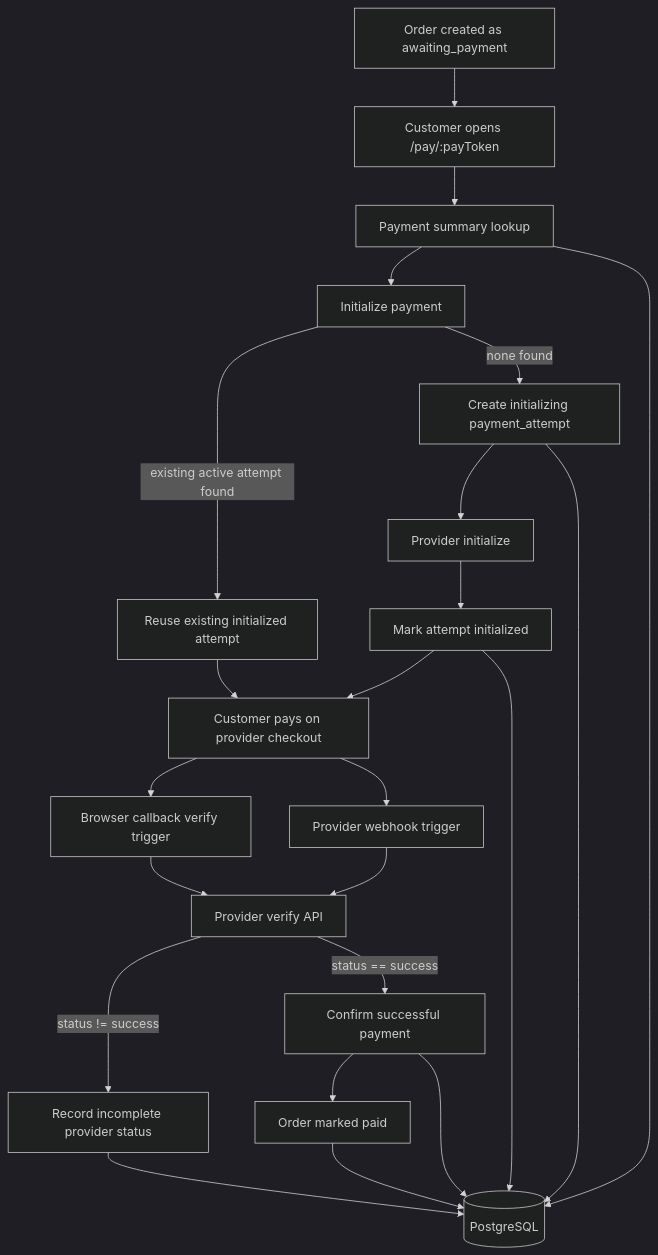
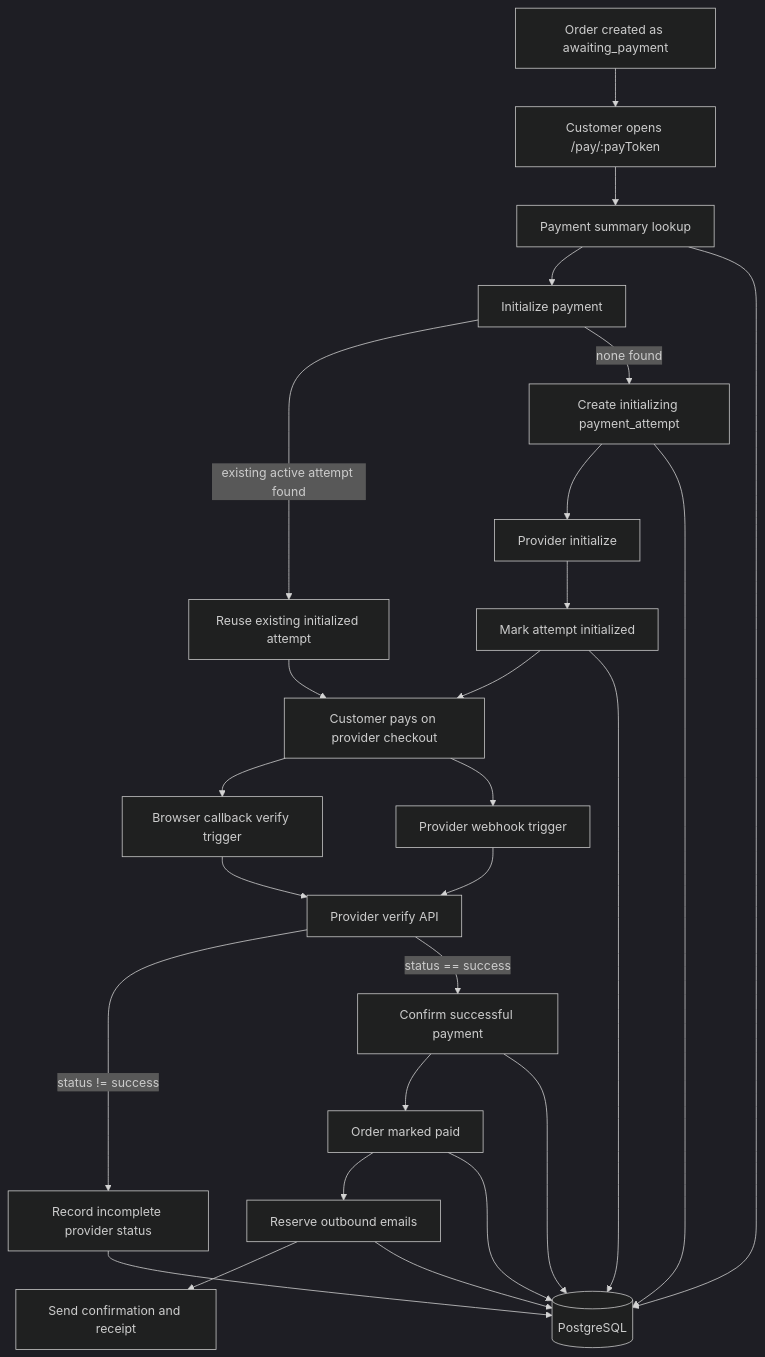
One commit to mikechibuzor/oyecouture changed the third of 7 diagrams in docs/payment-system-architecture.md. Above: the diagram before and after it, drawn with Mermaid (dark theme). The commit also changed other lines of this file and 24 other files, not shown here.

Commit message:
feat(email): send paid order confirmations

````diff
--- a/docs/payment-system-architecture.md
+++ b/docs/payment-system-architecture.md
@@ -95,43 +107,48 @@
 ```mermaid
 flowchart TD
   OrderCreated["Order created as awaiting_payment"]
   PaymentPage["Customer opens /pay/:payToken"]
   Summary["Payment summary lookup"]
   Init["Initialize payment"]
   Reuse["Reuse existing initialized attempt"]
   NewAttempt["Create initializing payment_attempt"]
   ProviderInit["Provider initialize"]
   Initialized["Mark attempt initialized"]
   Hosted["Customer pays on provider checkout"]
   Callback["Browser callback verify trigger"]
   Webhook["Provider webhook trigger"]
   ProviderVerify["Provider verify API"]
   RecordIncomplete["Record incomplete provider status"]
   Confirm["Confirm successful payment"]
+  ReserveEmails["Reserve outbound emails"]
+  SendEmails["Send confirmation and receipt"]
   Paid["Order marked paid"]
   DB[("PostgreSQL")]
 
   OrderCreated --> PaymentPage
   PaymentPage --> Summary
   Summary --> Init
   Init -->|"existing active attempt found"| Reuse
   Init -->|"none found"| NewAttempt
   NewAttempt --> ProviderInit
   ProviderInit --> Initialized
   Reuse --> Hosted
   Initialized --> Hosted
   Hosted --> Callback
   Hosted --> Webhook
   Callback --> ProviderVerify
   Webhook --> ProviderVerify
   ProviderVerify -->|"status != success"| RecordIncomplete
   ProviderVerify -->|"status == success"| Confirm
   Confirm --> Paid
+  Paid --> ReserveEmails
+  ReserveEmails --> SendEmails
 
   Summary --> DB
   NewAttempt --> DB
   Initialized --> DB
   RecordIncomplete --> DB
   Confirm --> DB
   Paid --> DB
+  ReserveEmails --> DB
 ```
````
